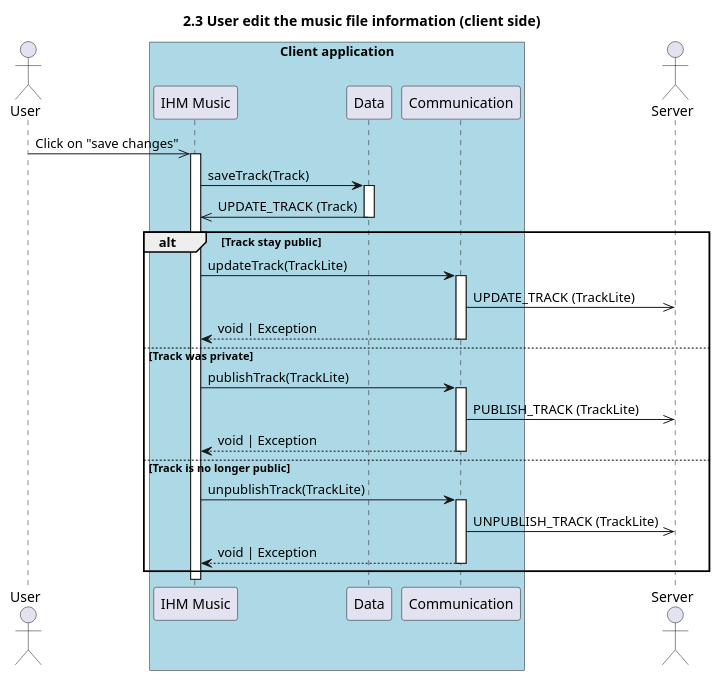
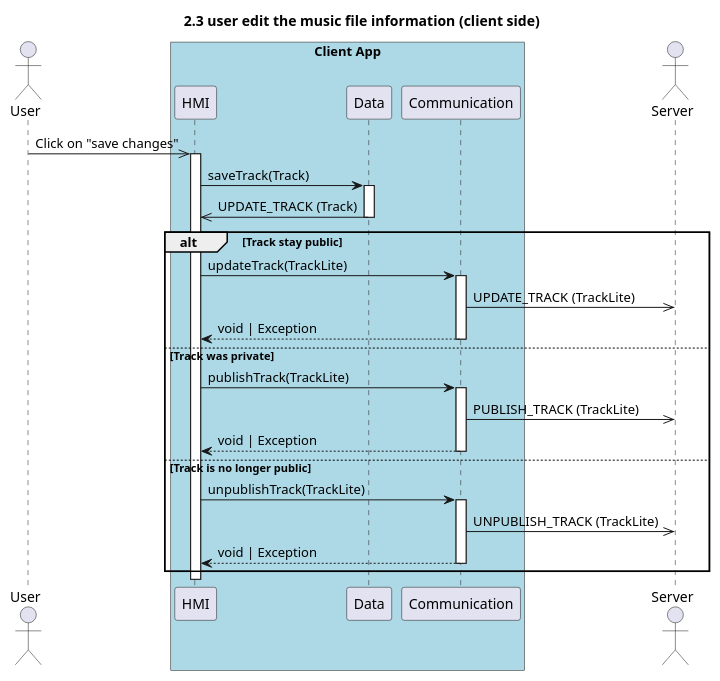
The diagram in sequence/2.3.update_music_file_client.puml (UTCAI12/Diagrams), drawn with PlantUML before and after one commit. The commit also changed 8 other files, not shown here.

```diff
--- a/sequence/2.3.update_music_file_client.puml
+++ b/sequence/2.3.update_music_file_client.puml
@@ -1,32 +1,32 @@
-@startuml 2.3 User edit the music file information (client side)
-title 2.3 User edit the music file information (client side)
+@startuml 2.3 user edit the music file information (client side)
+title 2.3 user edit the music file information (client side)
 
-actor User
-box "Client application" #LightBlue
-    participant "IHM Music" as IHM
-    participant Data 
-    participant Communication
+actor "User" as user
+box "Client App" #LightBlue
+    participant "HMI" as hmi
+    participant "Data" as data
+    participant "Communication" as com
 end box
-actor Server
+actor "Server" as server
 
-User ->> IHM++: Click on "save changes"
+user ->> hmi++: Click on "save changes"
 
-IHM -> Data++: saveTrack(Track)
-Data->>IHM: UPDATE_TRACK (Track)
-deactivate Data
+hmi -> data++: saveTrack(Track)
+data->>hmi: UPDATE_TRACK (Track)
+deactivate data
 
 alt Track stay public
-    IHM -> Communication++: updateTrack(TrackLite)
-    Communication ->> Server : UPDATE_TRACK (TrackLite)
+    hmi -> com++: updateTrack(TrackLite)
+    com ->> server : UPDATE_TRACK (TrackLite)
     return void | Exception
 else Track was private
-    IHM -> Communication++: publishTrack(TrackLite)
-    Communication ->> Server : PUBLISH_TRACK (TrackLite)
+    hmi -> com++: publishTrack(TrackLite)
+    com ->> server : PUBLISH_TRACK (TrackLite)
     return void | Exception
 else Track is no longer public 
-    IHM -> Communication++: unpublishTrack(TrackLite)
-    Communication ->> Server : UNPUBLISH_TRACK (TrackLite)
+    hmi -> com++: unpublishTrack(TrackLite)
+    com ->> server : UNPUBLISH_TRACK (TrackLite)
     return void | Exception
 end
 
 @enduml
```
